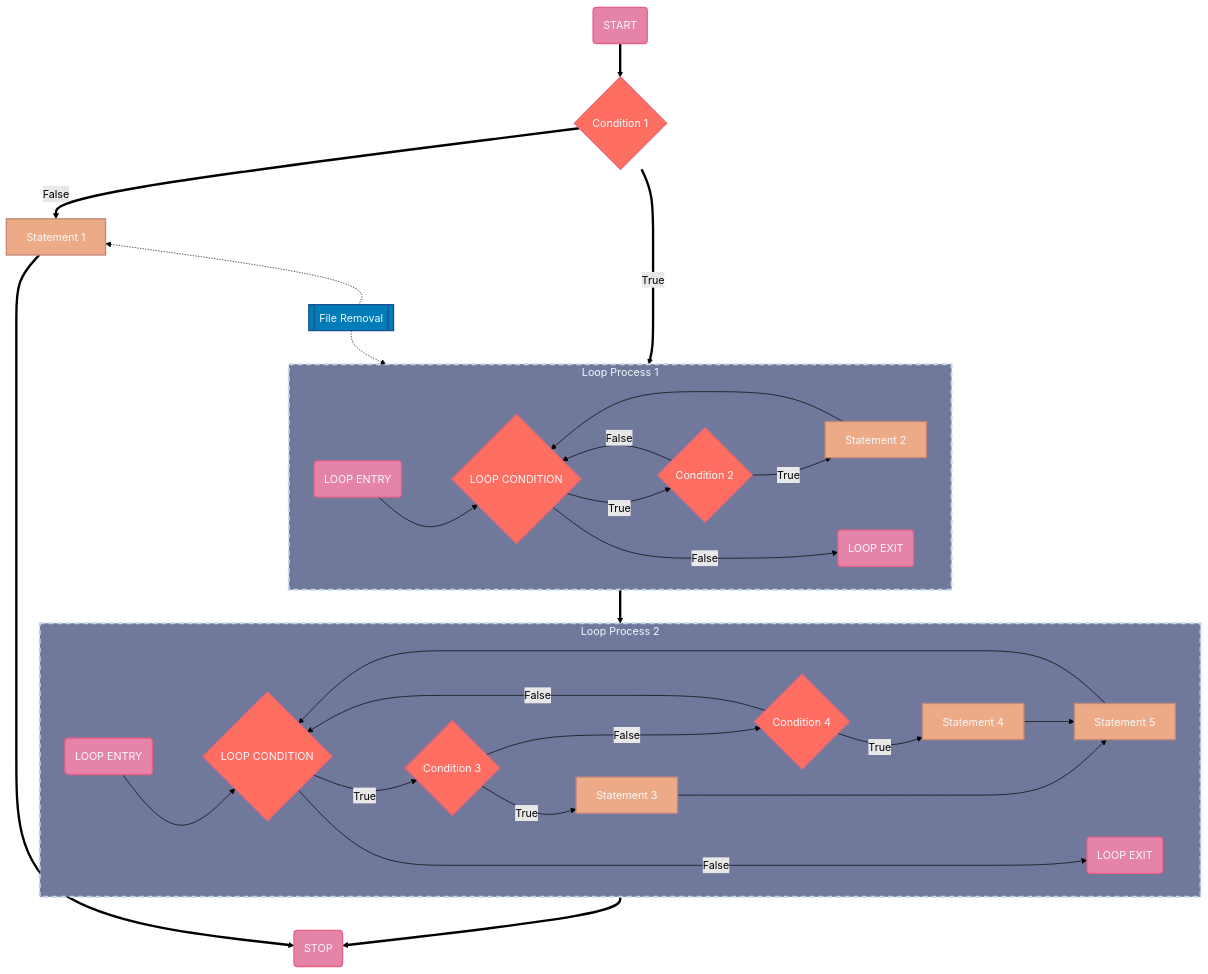
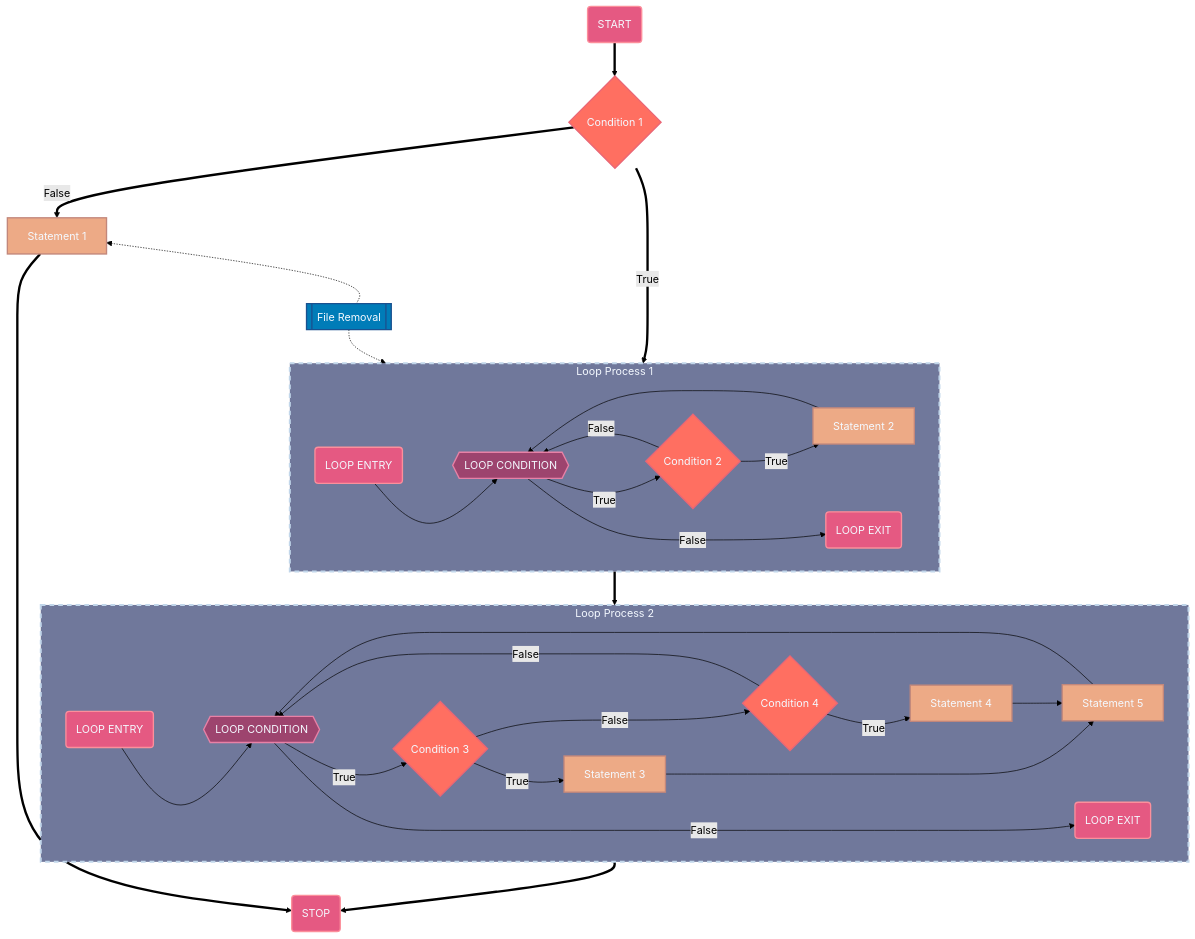
One commit to RaphaelZH/OpenCV_Program_EN changed the diagram in README.md. Above: the diagram before and after it, drawn with Mermaid (forest theme). The commit also changed other lines of this file and 2 other files, not shown here.

Commit message:
classDef Initialization_Symbols

````diff
--- a/README.md
+++ b/README.md
@@ -5,10 +5,17 @@
 ```mermaid
 %% Colors used for the Terminal symbols in this flowchart:
+%% - Pantone / PMS 17-1937 TCX / Hot Pink / #e55982 Hex Color Code
+%% - Pantone / PMS 15-1624 TCX / Conch Shell / #fc8f9b Hex Color Code
+
+%% Colors used for the Initialization symbols in this flowchart:
+%% - Pantone / PMS 18-2525 TCX / Magenta Haze / #9d446e Hex Color Code
+%% - Pantone / PMS 15-2217 TCX / Aurora Pink / #e881a6 Hex Color Code
+
 %% - Pantone / PMS 15-2217 TPG / Aurora Pink / #e683a9 Hex Color Code
 %% - Pantone / PMS 17-1937 TPG / Hot Pink / #e86288 Hex Color Code
 
 %% Colors used for the Decision symbols in this flowchart:
-%% - Pantone / PMS 16-1546 TCX / Living Coral / #ff6f61 Hex Code Couleur
+%% - Pantone / PMS 16-1546 TCX / Living Coral / #ff6f61 Hex Color Code
 %% - Pantone / PMS 17-1736 TCX / Sun Kissed Coral / #ea6676 Hex Code Couleur
 
 %% Colors used for the Process symbols in this flowchart:
@@ -27,19 +34,21 @@
 %% - Pantone / PMS 11-0601 TCX / Bright White / #f4f9ff Hex Color Code
 
 flowchart TB
-    classDef Terminal_Symbol fill: #e683a9, stroke: #e86288, stroke-width: 2px, color: #f4f9ff
+    classDef Terminal_Symbol fill: #e55982, stroke: #fc8f9b, stroke-width: 2px, color: #f4f9ff
 
-	classDef Decision_Symbol fill: #ff6f61, stroke: #ea6676, stroke-width: 2px, color: #f4f9ff
+    classDef Initialization_Symbols fill: #9d446e, stroke: #e881a6, stroke-width: 2px, color: #f4f9ff
 
-	classDef Process_Symbol fill: #edaa86, stroke: #c2877b, stroke-width: 2px, color: #f4f9ff
+    classDef Decision_Symbol fill: #ff6f61, stroke: #ea6676, stroke-width: 2px, color: #f4f9ff
 
-	classDef Predefined_Process_Symbol fill: #007cb8, stroke: #1a5190, stroke-width: 2px, color: #f4f9ff
+    classDef Process_Symbol fill: #edaa86, stroke: #c2877b, stroke-width: 2px, color: #f4f9ff
 
-	classDef Background_Subgraph fill: #70789b, stroke: #c1d6ea, stroke-width: 3px, color: #f4f9ff, stroke-dasharray: 7 6
+    classDef Predefined_Process_Symbol fill: #007cb8, stroke: #1a5190, stroke-width: 2px, color: #f4f9ff
+
+    classDef Background_Subgraph fill: #70789b, stroke: #c1d6ea, stroke-width: 3px, color: #f4f9ff, stroke-dasharray: 7 6
 
     subgraph LOOP_1[Loop Process 1]
         LOOP_1_A(LOOP ENTRY):::Terminal_Symbol
-        LOOP_1_B{LOOP CONDITION}:::Decision_Symbol
+        LOOP_1_B{{LOOP CONDITION}}:::Initialization_Symbols
         LOOP_1_C{Condition 2}:::Decision_Symbol
         LOOP_1_D[Statement 2]:::Process_Symbol
         LOOP_1_E(LOOP EXIT):::Terminal_Symbol
@@ -49,12 +58,12 @@
             LOOP_1_C -- False --> LOOP_1_B -- False --> LOOP_1_E
 
         LOOP_1_A ~~~ LOOP_1_B ~~~ LOOP_1_C ~~~ LOOP_1_D
-        LOOP_1_C ~~~ LOOP_1_E 
+        LOOP_1_C ~~~ LOOP_1_E
     end
 
     subgraph LOOP_2[Loop Process 2]
         LOOP_2_A(LOOP ENTRY):::Terminal_Symbol
-        LOOP_2_B{LOOP CONDITION}:::Decision_Symbol
+        LOOP_2_B{{LOOP CONDITION}}:::Initialization_Symbols
         LOOP_2_C{Condition 3}:::Decision_Symbol
         LOOP_2_D[Statement 3]:::Process_Symbol
         LOOP_2_E{Condition 4}:::Decision_Symbol
````
